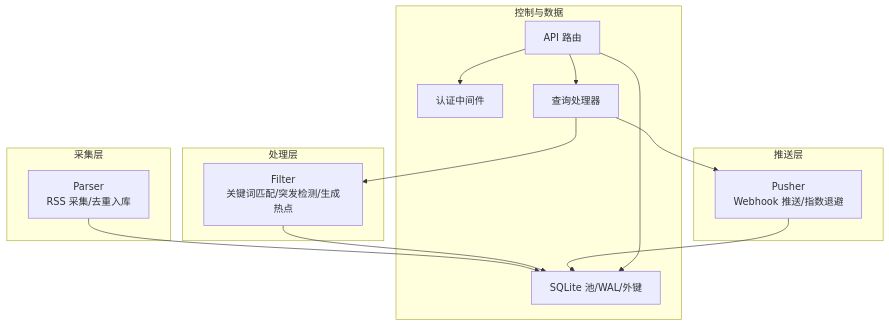
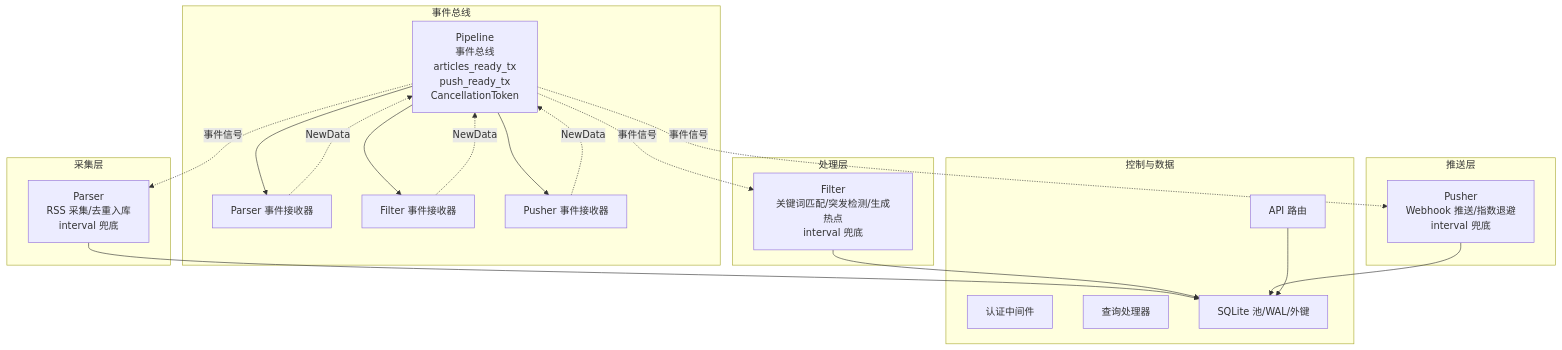
One commit to leimu-hue/AI-Trend-Tool changed the second of 10 diagrams in .qoder/repowiki/zh/content/系统架构设计/系统架构设计.md. Above: the diagram before and after it, drawn with Mermaid. The commit also changed other lines of this file and 74 other files, not shown here.

````diff
--- a/.qoder/repowiki/zh/content/系统架构设计/系统架构设计.md
+++ b/.qoder/repowiki/zh/content/系统架构设计/系统架构设计.md
@@ -99,26 +102,37 @@
 ```mermaid
 graph TB
+subgraph "事件总线"
+PIPE["Pipeline<br/>事件总线<br/>articles_ready_tx<br/>push_ready_tx<br/>CancellationToken"]
+END1["Parser 事件接收器"]
+END2["Filter 事件接收器"]
+END3["Pusher 事件接收器"]
+PIPE --> END1
+PIPE --> END2
+PIPE --> END3
+end
 subgraph "采集层"
-P["Parser<br/>RSS 采集/去重入库"]
+P["Parser<br/>RSS 采集/去重入库<br/>interval 兜底"]
 end
 subgraph "处理层"
-F["Filter<br/>关键词匹配/突发检测/生成热点"]
+F["Filter<br/>关键词匹配/突发检测/生成热点<br/>interval 兜底"]
 end
 subgraph "推送层"
-U["Pusher<br/>Webhook 推送/指数退避"]
+U["Pusher<br/>Webhook 推送/指数退避<br/>interval 兜底"]
 end
 subgraph "控制与数据"
 R["API 路由"]
 M["认证中间件"]
 Q["查询处理器"]
 DB["SQLite 池/WAL/外键"]
-end
-R --> M
-R --> Q
-Q --> F
-Q --> U
+END1 -.->|"NewData"| PIPE
+END2 -.->|"NewData"| PIPE
+END3 -.->|"NewData"| PIPE
 P --> DB
 F --> DB
 U --> DB
 R --> DB
+end
+PIPE -.->|"事件信号"| P
+PIPE -.->|"事件信号"| F
+PIPE -.->|"事件信号"| U
 ```
````
